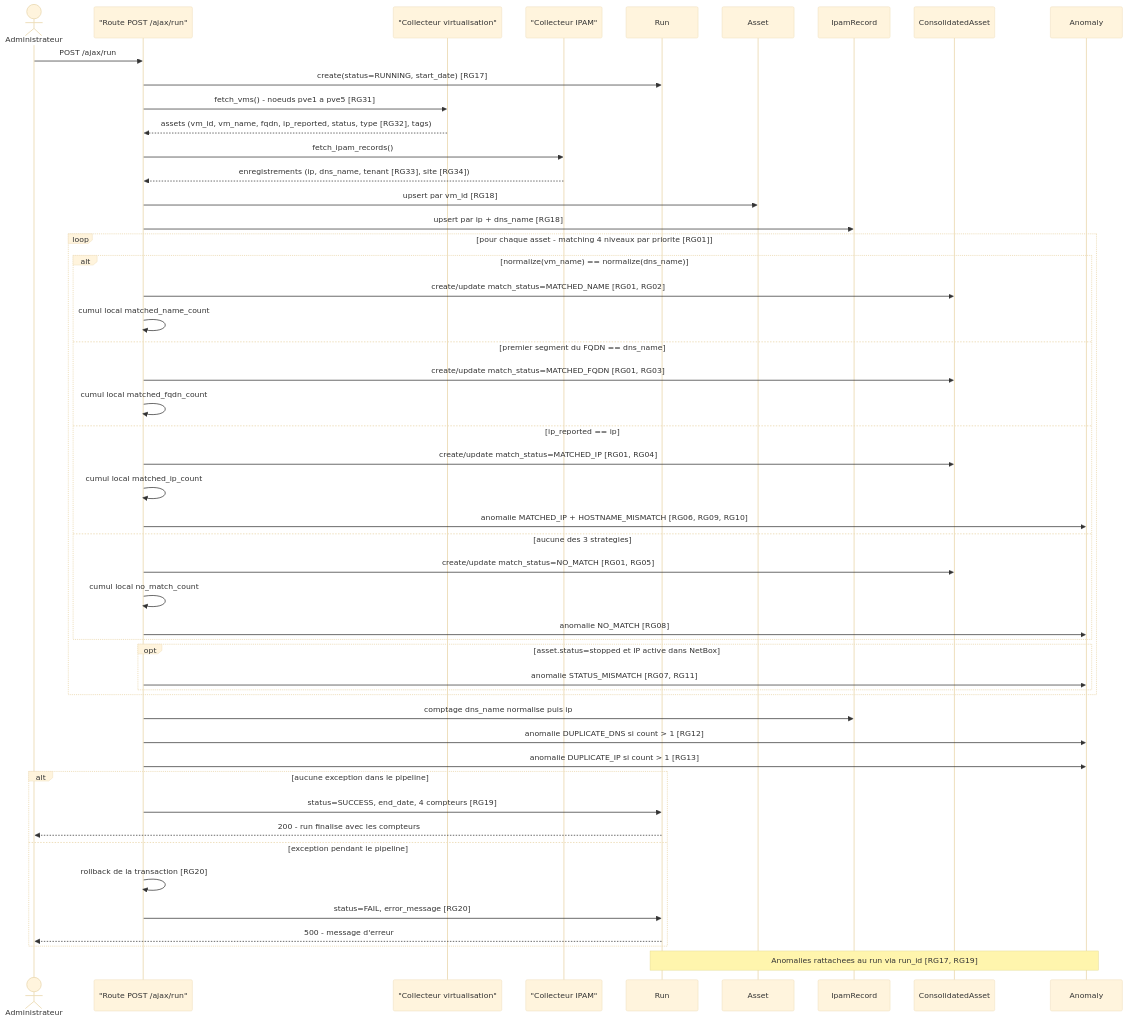
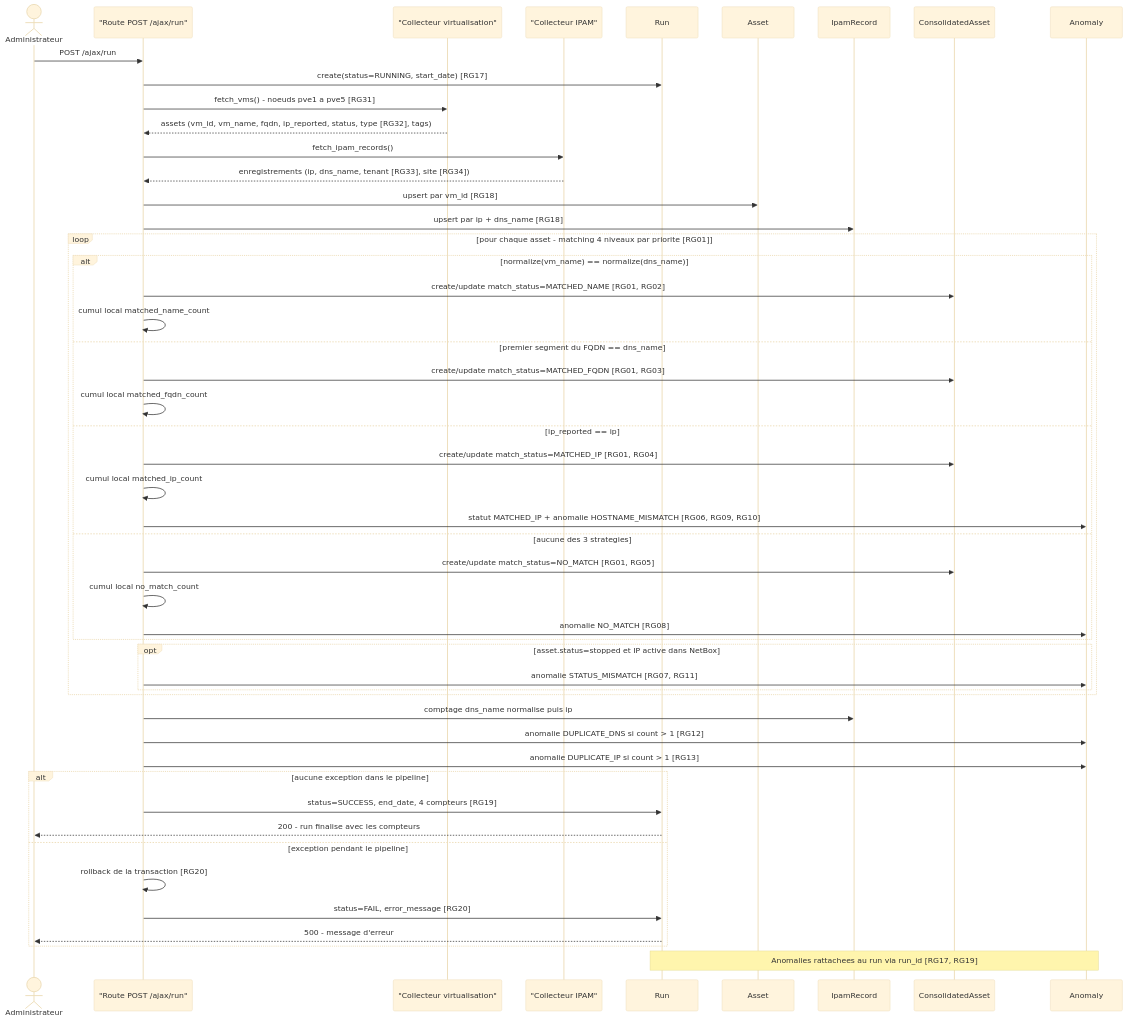
The second of 2 diagrams in docs/modele/sequences.md (Fr0gzilla/CloudInventory), drawn with Mermaid (base theme) before and after one commit. The commit also changed other lines of this file and 6 other files, not shown here.

First line of the commit message:
T020: Règles et modèle : MATCHED_IP statut de correspondance, HOSTNAME_MISMATCH anomalie (comme CloudInventory.v2)

````diff
--- a/docs/modele/sequences.md
+++ b/docs/modele/sequences.md
@@ -92,53 +92,53 @@
 ```mermaid
 sequenceDiagram
     actor Op as Administrateur
     participant Web as "Route POST /ajax/run"
     participant Virt as "Collecteur virtualisation"
     participant IpamSrc as "Collecteur IPAM"
     participant Run as Run
     participant A as Asset
     participant IP as IpamRecord
     participant C as ConsolidatedAsset
     participant N as Anomaly
 
     Op->>Web: POST /ajax/run
     Web->>Run: create(status=RUNNING, start_date) [RG17]
     Web->>Virt: fetch_vms() - noeuds pve1 a pve5 [RG31]
     Virt-->>Web: assets (vm_id, vm_name, fqdn, ip_reported, status, type [RG32], tags)
     Web->>IpamSrc: fetch_ipam_records()
     IpamSrc-->>Web: enregistrements (ip, dns_name, tenant [RG33], site [RG34])
     Web->>A: upsert par vm_id [RG18]
     Web->>IP: upsert par ip + dns_name [RG18]
     loop pour chaque asset - matching 4 niveaux par priorite [RG01]
         alt normalize(vm_name) == normalize(dns_name)
             Web->>C: create/update match_status=MATCHED_NAME [RG01, RG02]
             Web->>Web: cumul local matched_name_count
         else premier segment du FQDN == dns_name
             Web->>C: create/update match_status=MATCHED_FQDN [RG01, RG03]
             Web->>Web: cumul local matched_fqdn_count
         else ip_reported == ip
             Web->>C: create/update match_status=MATCHED_IP [RG01, RG04]
             Web->>Web: cumul local matched_ip_count
-            Web->>N: anomalie MATCHED_IP + HOSTNAME_MISMATCH [RG06, RG09, RG10]
+            Web->>N: statut MATCHED_IP + anomalie HOSTNAME_MISMATCH [RG06, RG09, RG10]
         else aucune des 3 strategies
             Web->>C: create/update match_status=NO_MATCH [RG01, RG05]
             Web->>Web: cumul local no_match_count
             Web->>N: anomalie NO_MATCH [RG08]
         end
         opt asset.status=stopped et IP active dans NetBox
             Web->>N: anomalie STATUS_MISMATCH [RG07, RG11]
         end
     end
     Web->>IP: comptage dns_name normalise puis ip
     Web->>N: anomalie DUPLICATE_DNS si count > 1 [RG12]
     Web->>N: anomalie DUPLICATE_IP si count > 1 [RG13]
     alt aucune exception dans le pipeline
         Web->>Run: status=SUCCESS, end_date, 4 compteurs [RG19]
         Run-->>Op: 200 - run finalise avec les compteurs
     else exception pendant le pipeline
         Web->>Web: rollback de la transaction [RG20]
         Web->>Run: status=FAIL, error_message [RG20]
         Run-->>Op: 500 - message d'erreur
     end
     Note over Run,N: Anomalies rattachees au run via run_id [RG17, RG19]
 ```
````
